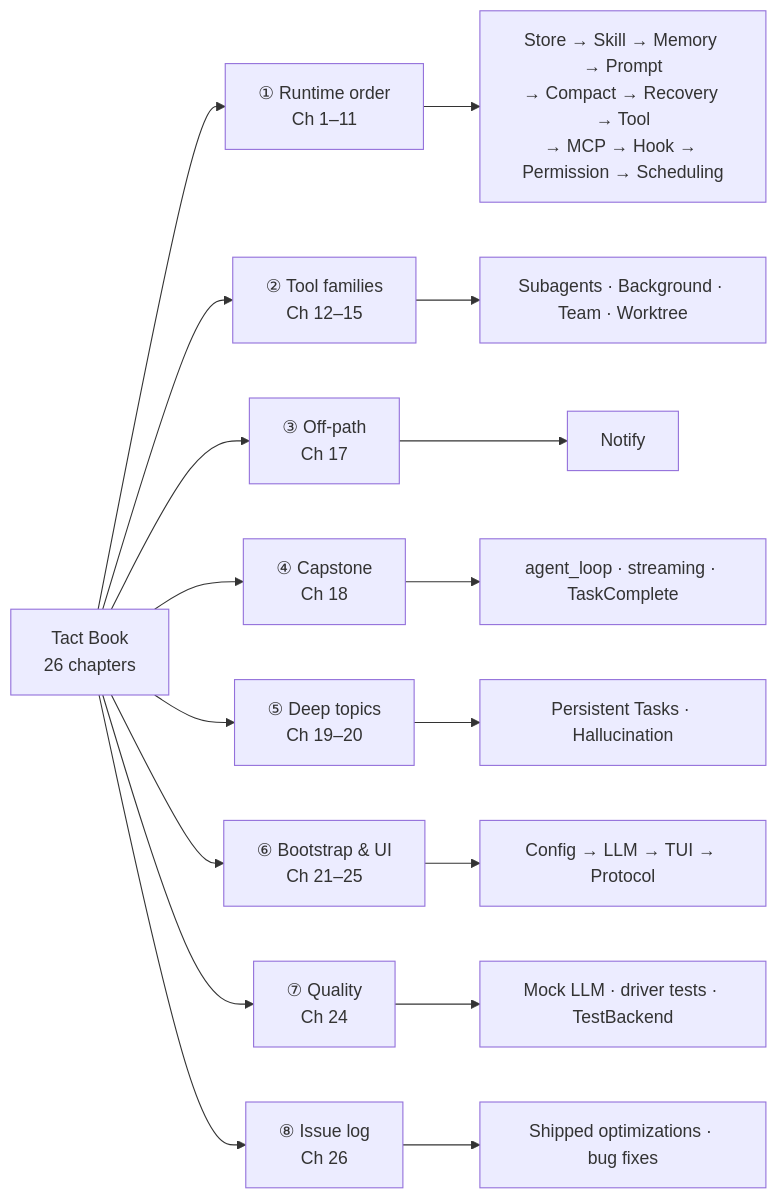
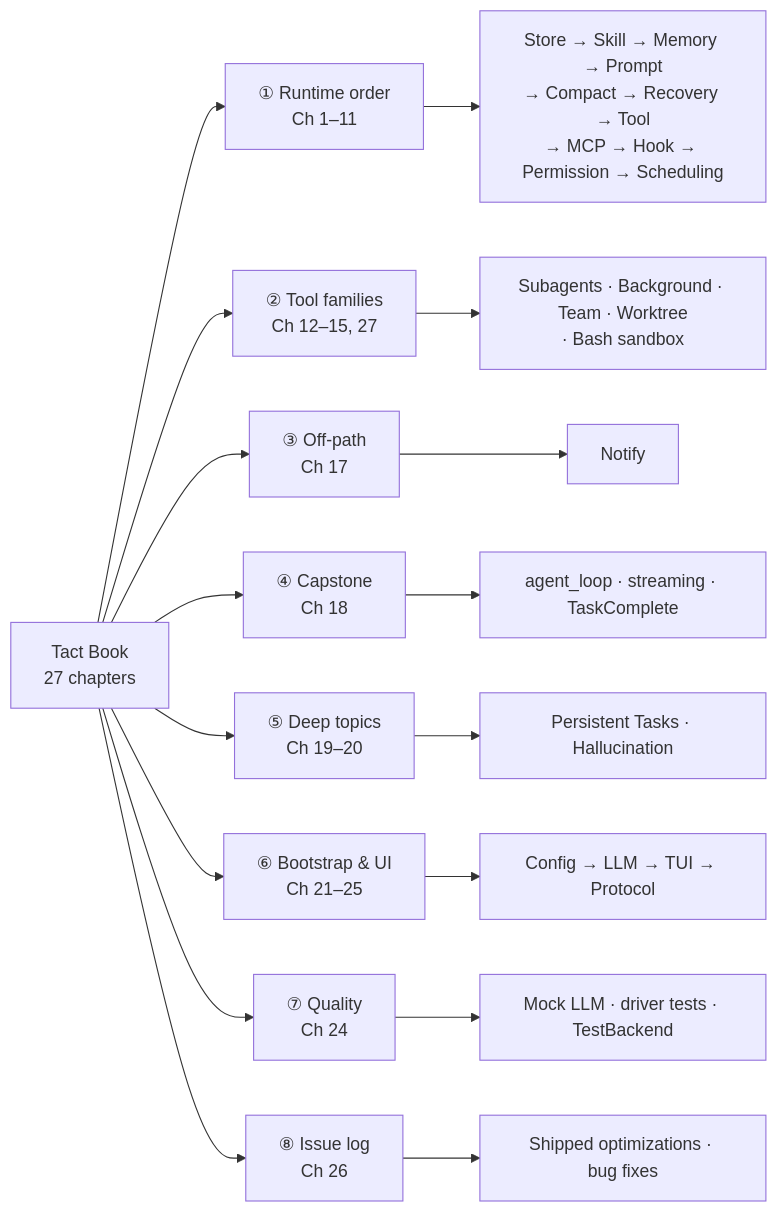
Before and after one commit to rust-infra/tact: the first of 2 diagrams in book/mindmap.md, drawn with Mermaid. The commit also changed other lines of this file and 78 other files, not shown here.

First line of the commit message:
feat(sandbox): opt-in bash sandbox, background task rework, tool-card popup fixes; bump v1.1.30 (#80)

````diff
--- a/book/mindmap.md
+++ b/book/mindmap.md
@@ -27,22 +27,22 @@
 ```mermaid
 flowchart LR
-    ROOT["Tact Book<br/>26 chapters"]
+    ROOT["Tact Book<br/>27 chapters"]
 
     ROOT --> B1 & B2 & B3 & B4 & B5 & B6 & B7 & B8
 
     B1["① Runtime order<br/>Ch 1–11"] --> D1["Store → Skill → Memory → Prompt<br/>→ Compact → Recovery → Tool<br/>→ MCP → Hook → Permission → Scheduling"]
 
-    B2["② Tool families<br/>Ch 12–15"] --> D2["Subagents · Background · Team · Worktree"]
+    B2["② Tool families<br/>Ch 12–15, 27"] --> D2["Subagents · Background · Team · Worktree<br/>· Bash sandbox"]
 
     B3["③ Off-path<br/>Ch 17"] --> D3["Notify"]
 
     B4["④ Capstone<br/>Ch 18"] --> D4["agent_loop · streaming · TaskComplete"]
 
     B5["⑤ Deep topics<br/>Ch 19–20"] --> D5["Persistent Tasks · Hallucination"]
 
     B6["⑥ Bootstrap & UI<br/>Ch 21–25"] --> D6["Config → LLM → TUI → Protocol"]
 
     B7["⑦ Quality<br/>Ch 24"] --> D7["Mock LLM · driver tests · TestBackend"]
 
     B8["⑧ Issue log<br/>Ch 26"] --> D8["Shipped optimizations · bug fixes"]
 ```
````
